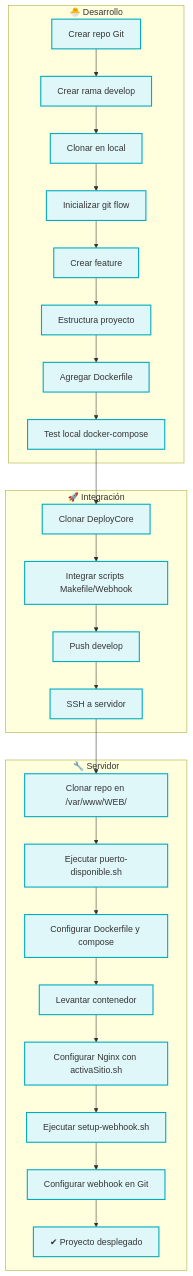
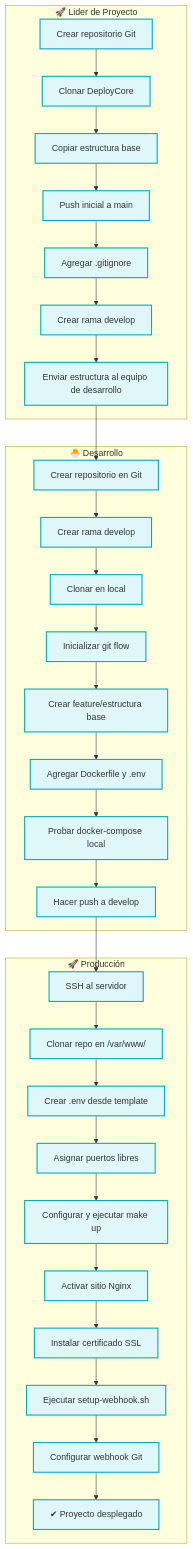
Before and after one commit to Ivan-Rosales/deployCore: the first of 4 diagrams in README.md, drawn with Mermaid. The commit also changed other lines of this file and 8 other files, not shown here.

````diff
--- a/README.md
+++ b/README.md
@@ -81,24 +89,22 @@
 ```mermaid
 flowchart TD
     classDef paso fill:#e0f7fa,stroke:#00acc1,stroke-width:2px;
+
+    subgraph "🚀 Lider de Proyecto"
+        A[Crear repositorio Git]:::paso --> B[Clonar DeployCore]:::paso --> C[Copiar estructura base]:::paso
+        C --> D[Push inicial a main]:::paso --> E[Agregar .gitignore]:::paso --> F[Crear rama develop]:::paso
+        F --> G[Enviar estructura al equipo de desarrollo]:::paso
+    end
     subgraph "🐣 Desarrollo"
-        A[Crear repo Git]:::paso --> B[Crear rama develop]:::paso --> C[Clonar en local]:::paso
-        C --> D[Inicializar git flow]:::paso --> E[Crear feature]:::paso --> F[Estructura proyecto]:::paso
-        F --> G[Agregar Dockerfile]:::paso --> H[Test local docker-compose]:::paso
+        G --> H[Crear repositorio en Git]:::paso --> I[Crear rama develop]:::paso --> J[Clonar en local]:::paso
+        J --> K[Inicializar git flow]:::paso --> L[Crear feature/estructura base]:::paso --> M[Agregar Dockerfile y .env]:::paso
+        M --> N[Probar docker-compose local]:::paso --> O[Hacer push a develop]:::paso
     end
-
-    subgraph "🚀 Integración"
-        H --> I[Clonar DeployCore]:::paso --> J[Integrar scripts Makefile/Webhook]:::paso
-        J --> K[Push develop]:::paso --> L[SSH a servidor]:::paso
-    end
-
-    subgraph "🔧 Servidor"
-        L --> M[Clonar repo en /var/www/WEB/]:::paso
-        M --> N[Ejecutar puerto-disponible.sh]:::paso
-        N --> O[Configurar Dockerfile y compose]:::paso
-        O --> P[Levantar contenedor]:::paso
-        P --> Q[Configurar Nginx con activaSitio.sh]:::paso
-        Q --> R[Ejecutar setup-webhook.sh]:::paso
-        R --> S[Configurar webhook en Git]:::paso --> T[✔ Proyecto desplegado]:::paso
+    subgraph "🚀 Producción"
+        O --> P[SSH al servidor]:::paso --> Q[Clonar repo en /var/www/]:::paso
+        Q --> R[Crear .env desde template]:::paso --> S[Asignar puertos libres]:::paso
+        S --> T[Configurar y ejecutar make up]:::paso --> U[Activar sitio Nginx]:::paso
+        U --> V[Instalar certificado SSL]:::paso --> W[Ejecutar setup-webhook.sh]:::paso --> X[Configurar webhook Git]:::paso
+        X --> Y[✔ Proyecto desplegado]:::paso
     end
 ```
````
